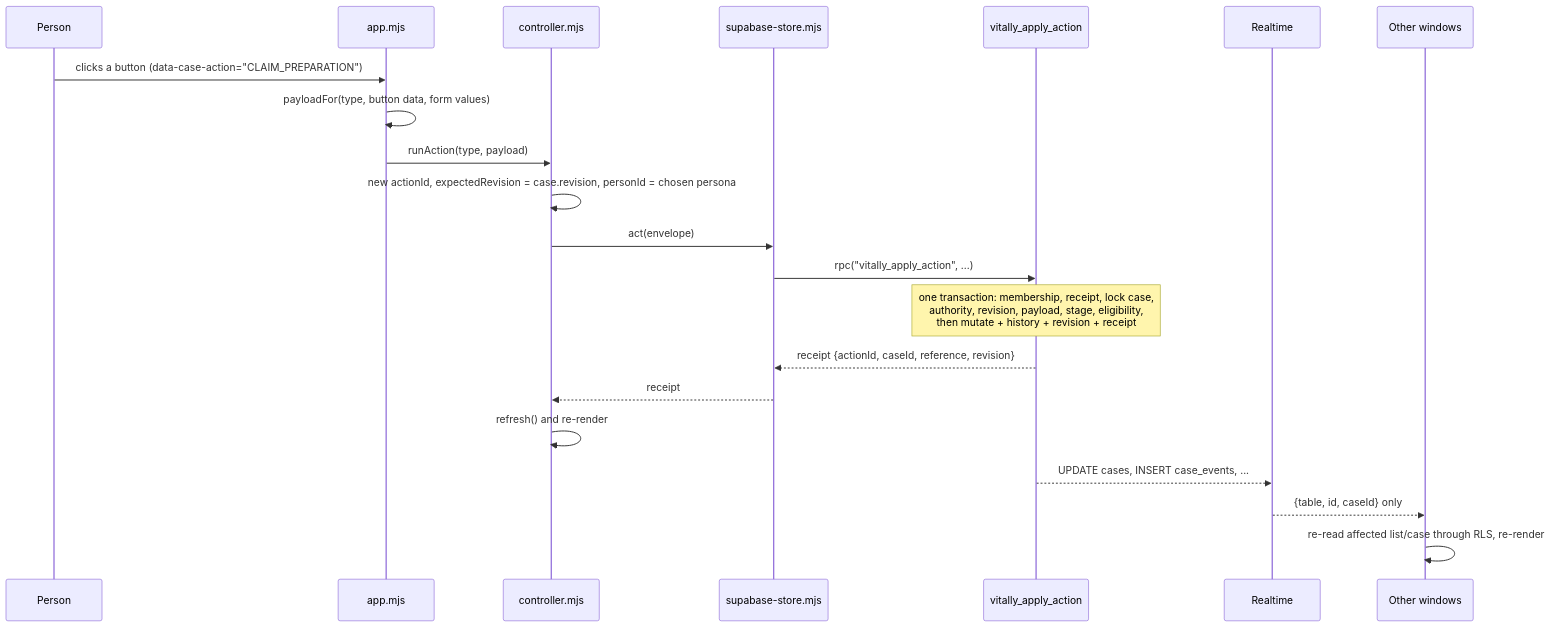
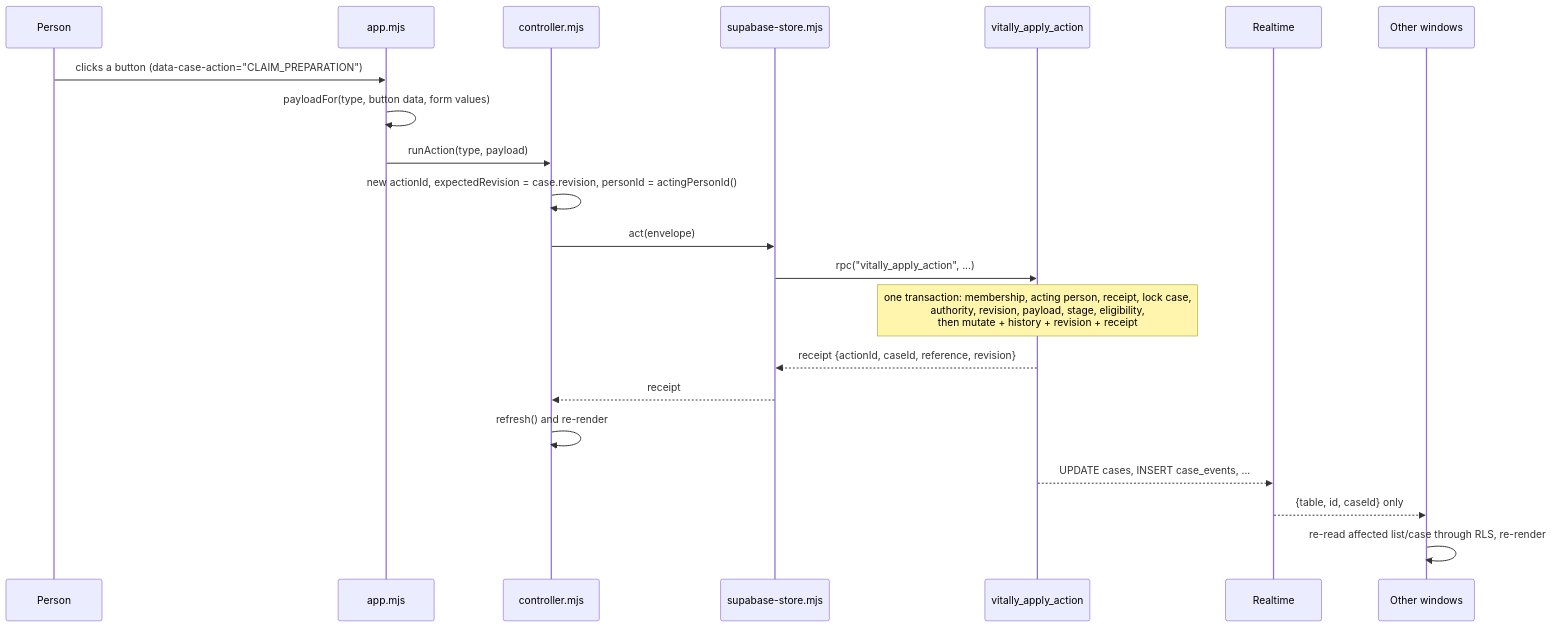
The second of 2 diagrams in docs/developer/architecture.md (jin-yu-yang/VITA-Management-System-Demo), drawn with Mermaid before and after one commit. The commit also changed other lines of this file and 50 other files, not shown here.

````diff
--- a/docs/developer/architecture.md
+++ b/docs/developer/architecture.md
@@ -128,23 +140,23 @@
 ```mermaid
 sequenceDiagram
   participant U as Person
   participant A as app.mjs
   participant C as controller.mjs
   participant S as supabase-store.mjs
   participant DB as vitally_apply_action
   participant RT as Realtime
   participant W as Other windows
   U->>A: clicks a button (data-case-action="CLAIM_PREPARATION")
   A->>A: payloadFor(type, button data, form values)
   A->>C: runAction(type, payload)
-  C->>C: new actionId, expectedRevision = case.revision, personId = chosen persona
+  C->>C: new actionId, expectedRevision = case.revision, personId = actingPersonId()
   C->>S: act(envelope)
   S->>DB: rpc("vitally_apply_action", ...)
-  Note over DB: one transaction: membership, receipt, lock case,<br/>authority, revision, payload, stage, eligibility,<br/>then mutate + history + revision + receipt
+  Note over DB: one transaction: membership, acting person, receipt, lock case,<br/>authority, revision, payload, stage, eligibility,<br/>then mutate + history + revision + receipt
   DB-->>S: receipt {actionId, caseId, reference, revision}
   S-->>C: receipt
   C->>C: refresh() and re-render
   DB-->>RT: UPDATE cases, INSERT case_events, ...
   RT-->>W: {table, id, caseId} only
   W->>W: re-read affected list/case through RLS, re-render
 ```
````
